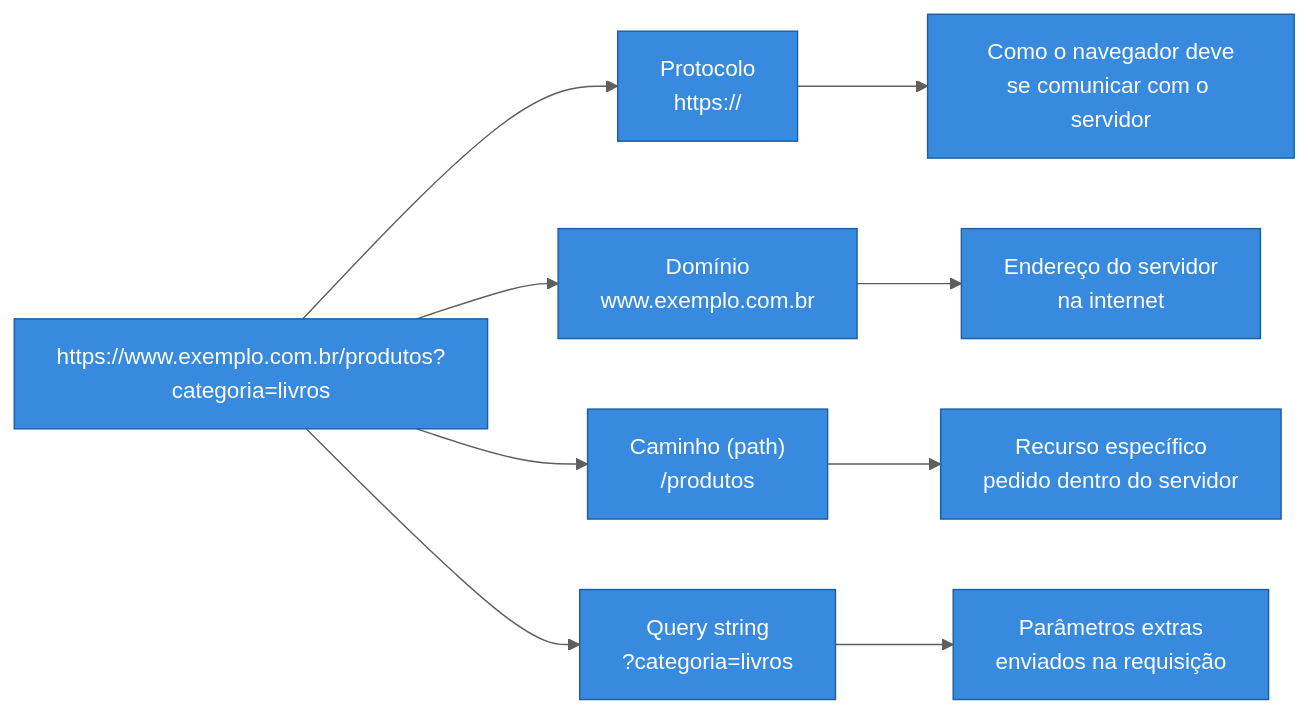
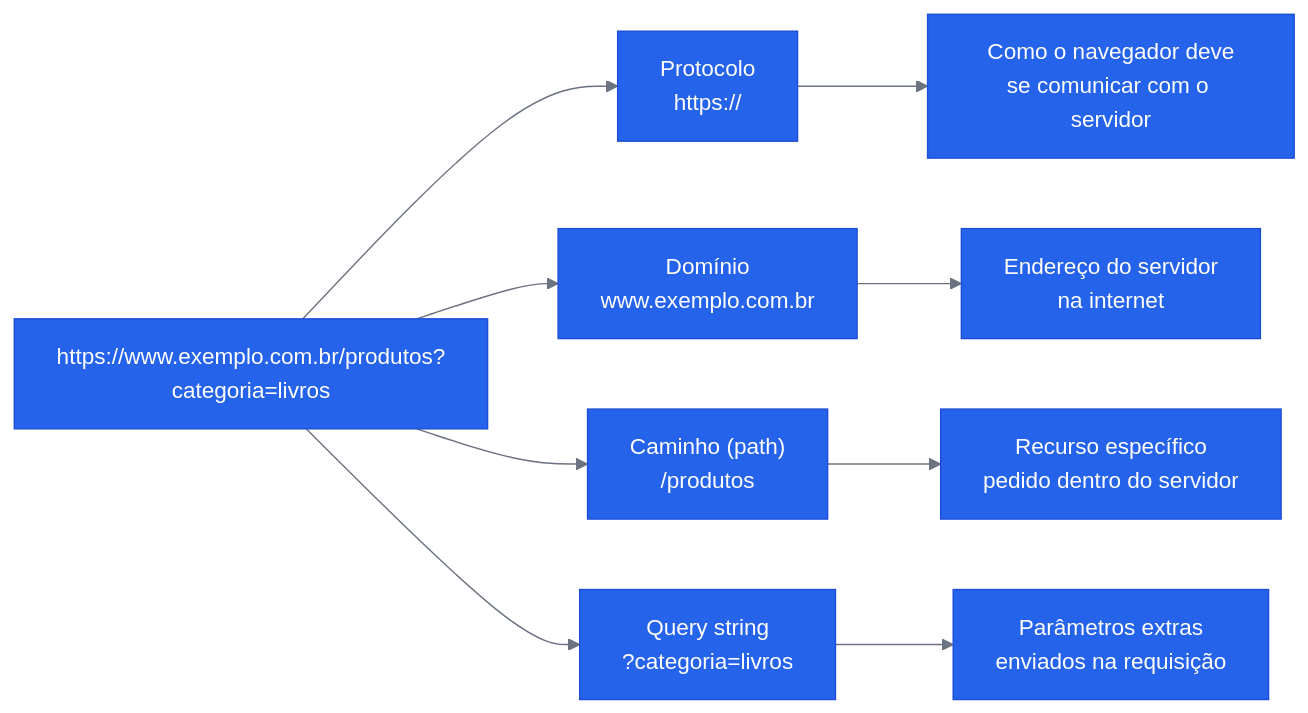
The diagram in aula-01/diagramas/02-anatomia-url.mmd (gustavocolombelli/uniguacu-web-dev), drawn with Mermaid before and after one commit. The commit also changed 32 other files, not shown here.

```diff
--- a/aula-01/diagramas/02-anatomia-url.mmd
+++ b/aula-01/diagramas/02-anatomia-url.mmd
@@ -1,25 +1,25 @@
 %%{init: {'theme':'base', 'themeVariables': {
-  'primaryColor': '#378ADD',
+  'primaryColor': '#2563EB',
   'primaryTextColor': '#FFFFFF',
-  'primaryBorderColor': '#185FA5',
-  'secondaryColor': '#D85A30',
+  'primaryBorderColor': '#1D4ED8',
+  'secondaryColor': '#7C3AED',
   'secondaryTextColor': '#FFFFFF',
-  'tertiaryTextColor': '#2C2C2A',
-  'lineColor': '#5F5E5A',
-  'textColor': '#2C2C2A',
-  'noteBkgColor': '#FFF6DA',
-  'noteTextColor': '#2C2C2A',
-  'noteBorderColor': '#D9B84A'
+  'tertiaryTextColor': '#6B7280',
+  'lineColor': '#6B7280',
+  'textColor': '#6B7280',
+  'noteBkgColor': '#FEF3C7',
+  'noteTextColor': '#1F2937',
+  'noteBorderColor': '#D97706'
 }}}%%
 flowchart LR
     URL["https://www.exemplo.com.br/produtos?categoria=livros"]
 
     URL --> P["Protocolo<br/>https://"]
     URL --> D["Domínio<br/>www.exemplo.com.br"]
     URL --> C["Caminho (path)<br/>/produtos"]
     URL --> Q["Query string<br/>?categoria=livros"]
 
     P --> P1["Como o navegador deve<br/>se comunicar com o servidor"]
     D --> D1["Endereço do servidor<br/>na internet"]
     C --> C1["Recurso específico<br/>pedido dentro do servidor"]
     Q --> Q1["Parâmetros extras<br/>enviados na requisição"]
```
